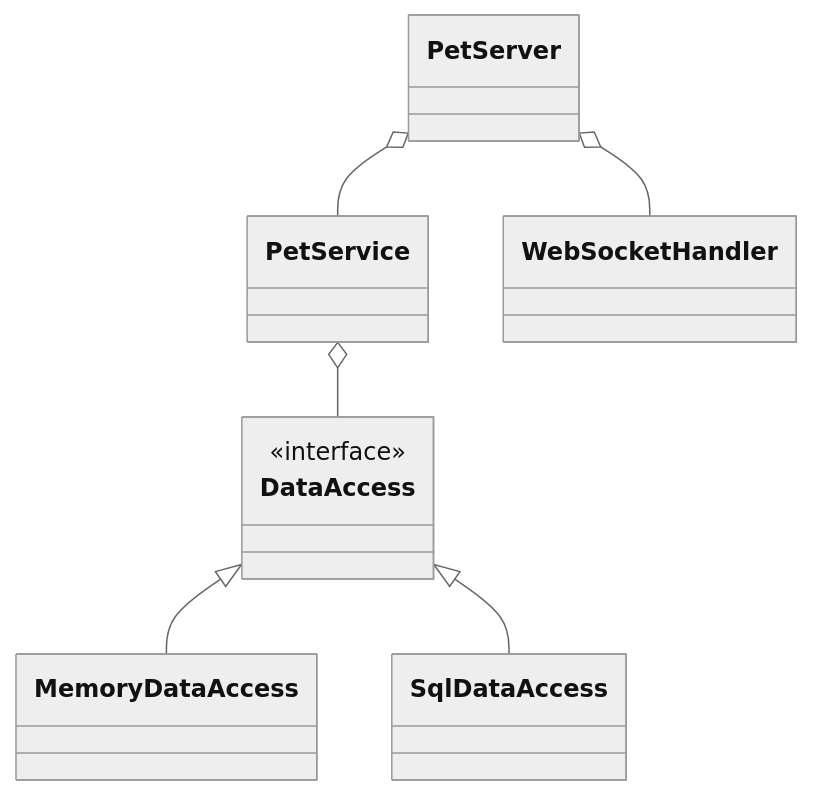
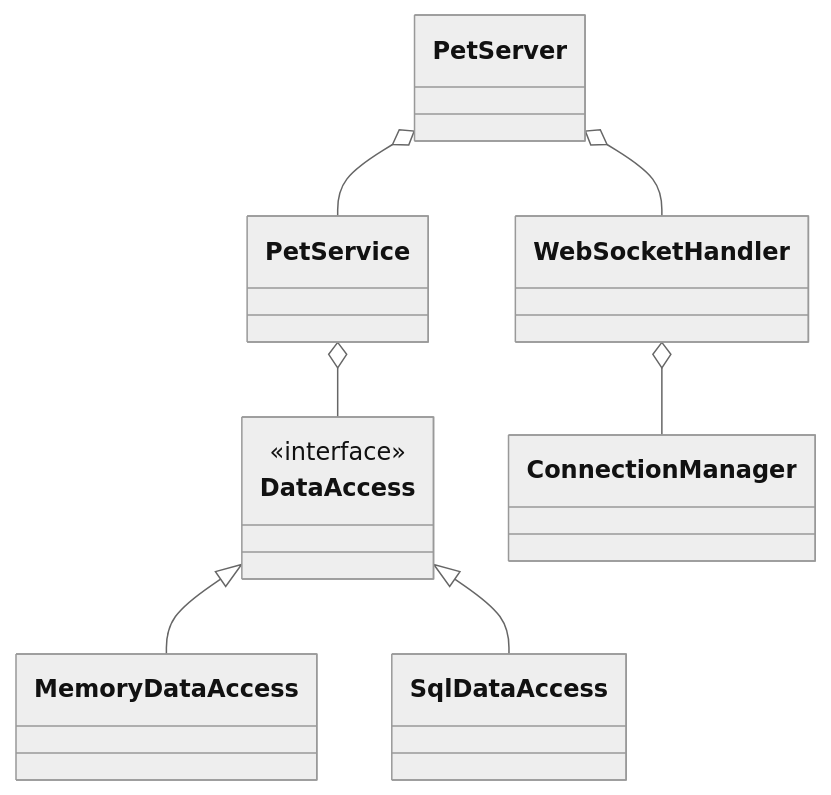
Before and after one commit to softwareconstruction240/softwareconstruction: the second of 3 diagrams in petshop/petshop.md, drawn with Mermaid (neutral theme). The commit also changed 2 other files, not shown here.

Commit message:
refactor(petshop) got rid of connection object

````diff
--- a/petshop/petshop.md
+++ b/petshop/petshop.md
@@ -51,14 +51,18 @@
 ```mermaid
 classDiagram
     PetServer o-- PetService
-    PetServer o-- WebSocketHandler
 
     PetService o-- DataAccess
     DataAccess <|-- MemoryDataAccess
     DataAccess <|-- SqlDataAccess
 
 
+    PetServer o-- WebSocketHandler
+    WebSocketHandler o-- ConnectionManager
+
+
+
     class DataAccess {
         <<interface>>
     }
 ```
````
